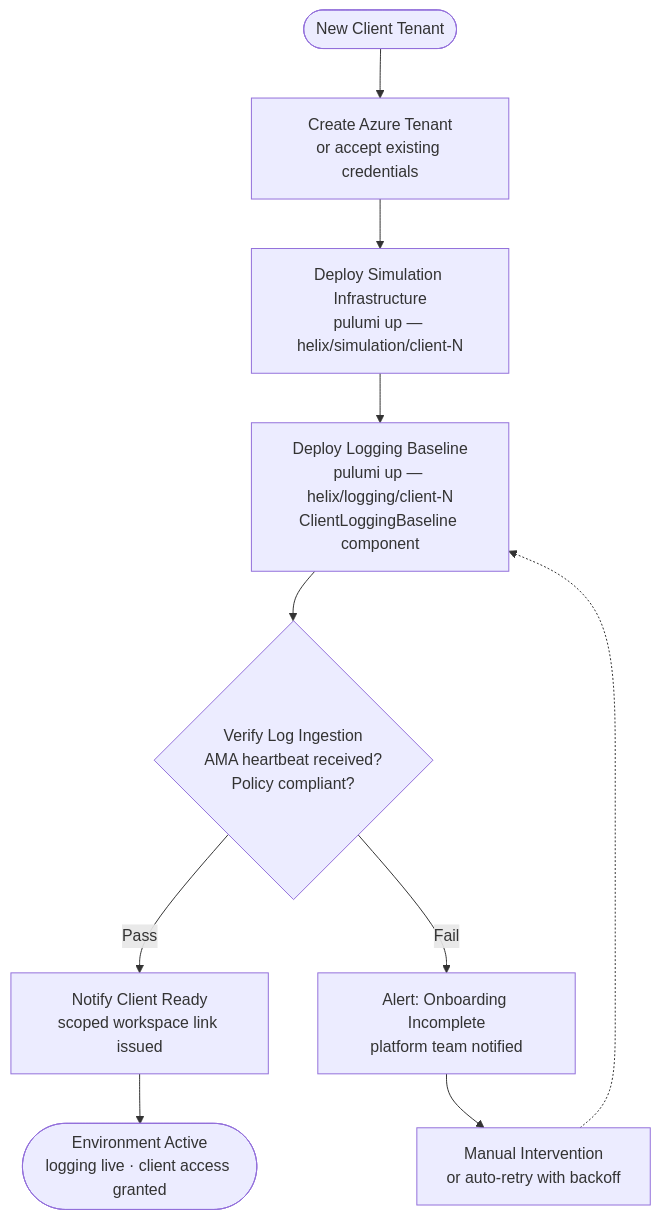
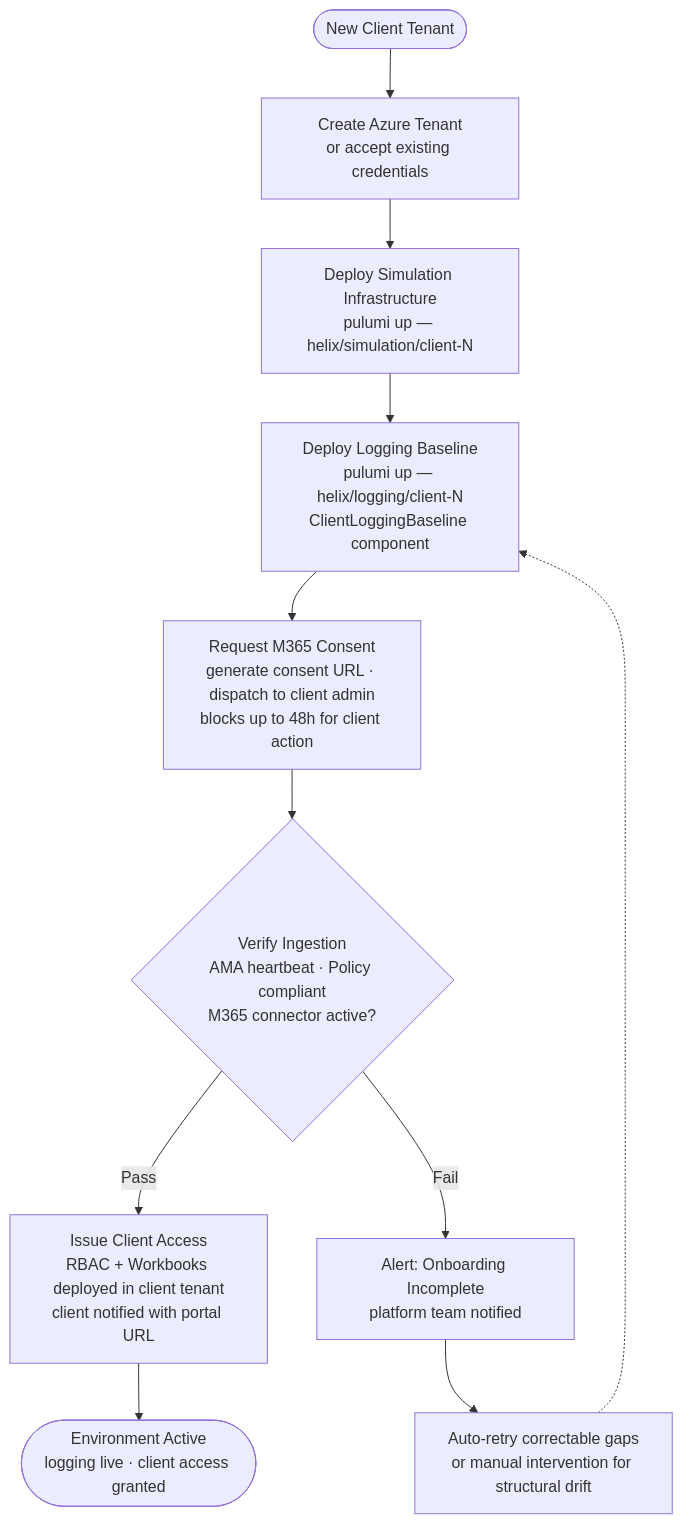
The diagram in docs/07-automation.md (danielcorrea89/helix-logging-proposal), drawn with Mermaid before and after one commit. The commit also changed other lines of this file and 9 other files, not shown here.

Commit message:
address client access experience

````diff
--- a/docs/07-automation.md
+++ b/docs/07-automation.md
@@ -86,17 +86,18 @@
 ```mermaid
 flowchart TD
     START(["New Client Tenant"])
     T1["Create Azure Tenant\nor accept existing credentials"]
     T2["Deploy Simulation Infrastructure\npulumi up — helix/simulation/client-N"]
     T3["Deploy Logging Baseline\npulumi up — helix/logging/client-N\nClientLoggingBaseline component"]
-    T4{"Verify Log Ingestion\nAMA heartbeat received?\nPolicy compliant?"}
-    T5["Notify Client Ready\nscoped workspace link issued"]
+    T3B["Request M365 Consent\ngenerate consent URL · dispatch to client admin\nblocks up to 48h for client action"]
+    T4{"Verify Ingestion\nAMA heartbeat · Policy compliant\nM365 connector active?"}
+    T5["Issue Client Access\nRBAC + Workbooks deployed in client tenant\nclient notified with portal URL"]
     ERR["Alert: Onboarding Incomplete\nplatform team notified"]
-    RETRY["Manual Intervention\nor auto-retry with backoff"]
+    RETRY["Auto-retry correctable gaps\nor manual intervention for structural drift"]
     END(["Environment Active\nlogging live · client access granted"])
 
-    START --> T1 --> T2 --> T3 --> T4
+    START --> T1 --> T2 --> T3 --> T3B --> T4
     T4 -->|"Pass"| T5 --> END
     T4 -->|"Fail"| ERR --> RETRY
     RETRY -.-> T3
 ```
````
